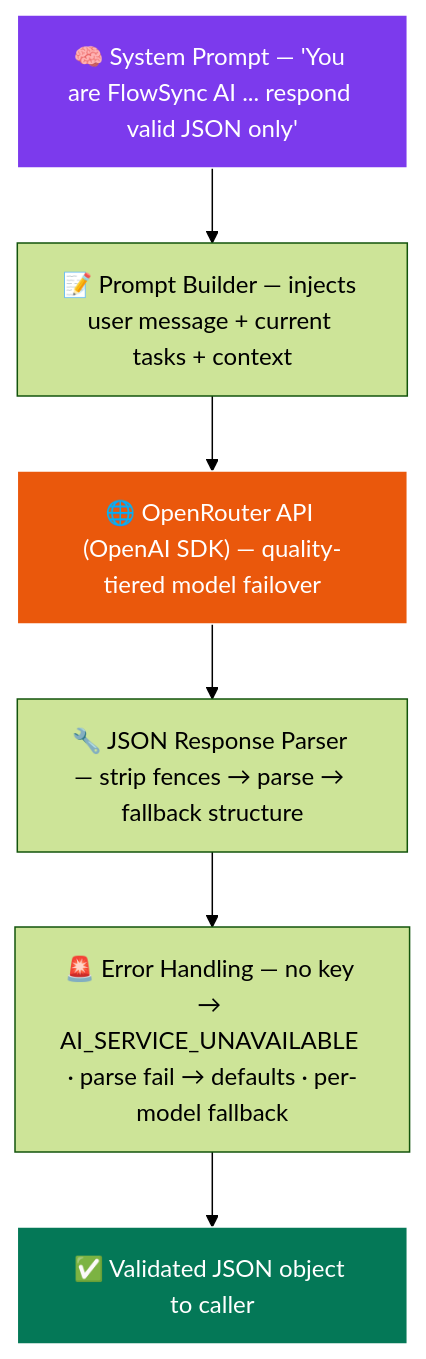
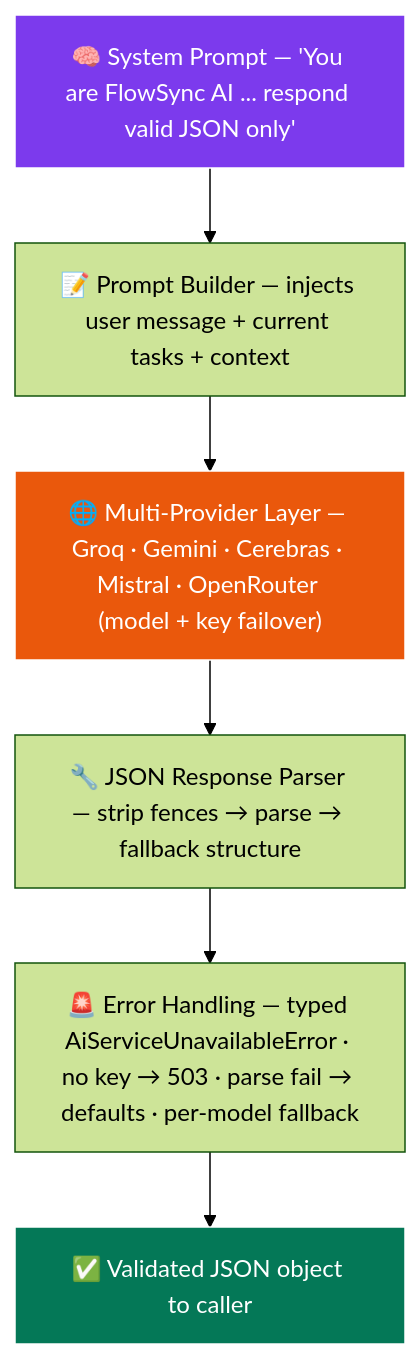
The sixth of 8 diagrams in README.md (Shubham-997800/FlowSyncAi), drawn with Mermaid (forest theme) before and after one commit. The commit also changed other lines of this file and 24 other files, not shown here.

````diff
--- a/README.md
+++ b/README.md
@@ -703,16 +708,16 @@
 ```mermaid
 flowchart TB
     SYS["🧠 System Prompt — 'You are FlowSync AI ... respond valid JSON only'"]
     PB["📝 Prompt Builder — injects user message + current tasks + context"]
-    OR["🌐 OpenRouter API (OpenAI SDK) — quality-tiered model failover"]
+    OR["🌐 Multi-Provider Layer — Groq · Gemini · Cerebras · Mistral · OpenRouter (model + key failover)"]
     PARSER["🔧 JSON Response Parser — strip fences → parse → fallback structure"]
-    ERR["🚨 Error Handling — no key → AI_SERVICE_UNAVAILABLE · parse fail → defaults · per-model fallback"]
+    ERR["🚨 Error Handling — typed AiServiceUnavailableError · no key → 503 · parse fail → defaults · per-model fallback"]
 
     SYS --> PB --> OR --> PARSER
     PARSER --> ERR
     ERR --> OUT["✅ Validated JSON object to caller"]
 
     style SYS fill:#7c3aed,stroke:#fff,color:#fff
     style OR fill:#ea580c,stroke:#fff,color:#fff
     style OUT fill:#047857,stroke:#fff,color:#fff
 ```
````
